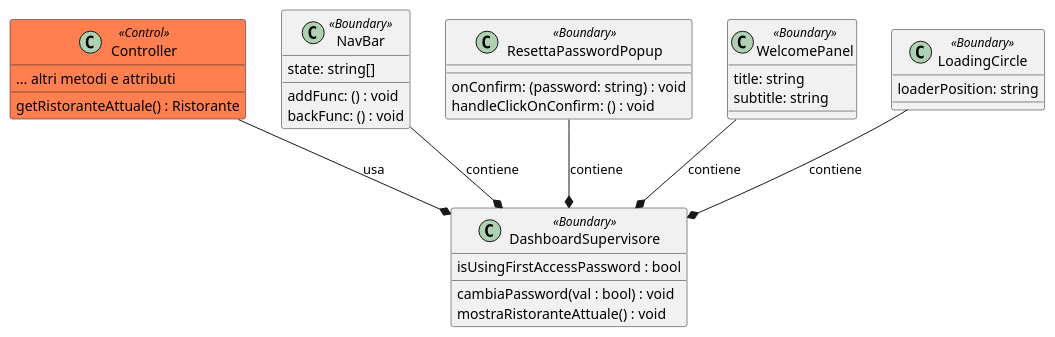
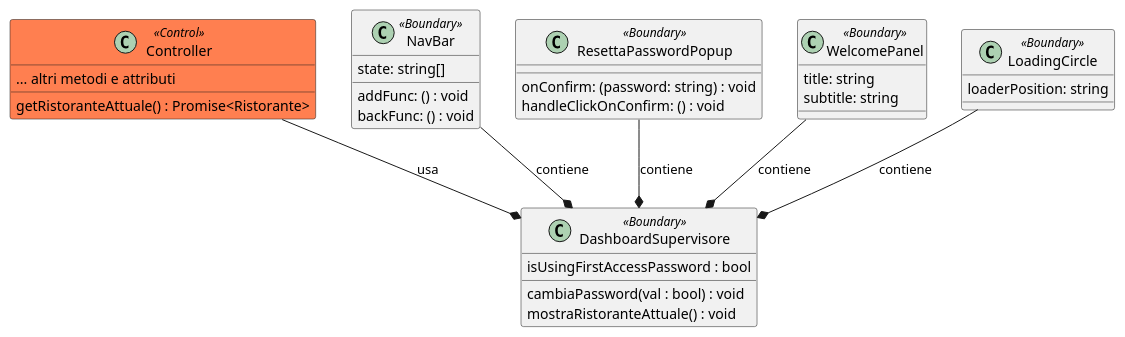
Before and after one commit to macro21KGB/Esame-INGSW-22-23: the diagram in diagrams/PUML/routes/DashboardSupervisore.puml, drawn with PlantUML. The commit also changed 7 other files, not shown here.

```diff
--- a/diagrams/PUML/routes/DashboardSupervisore.puml
+++ b/diagrams/PUML/routes/DashboardSupervisore.puml
@@ -1,51 +1,51 @@
 @startuml
 
 
 class Controller <<Control>> #coral{
 ... altri metodi e attributi
-getRistoranteAttuale() : Ristorante
+getRistoranteAttuale() : Promise<Ristorante>
 }
 
 class DashboardSupervisore <<Boundary>> {
 isUsingFirstAccessPassword : bool
 cambiaPassword(val : bool) : void
 mostraRistoranteAttuale() : void
 }
 
 
 class NavBar <<Boundary>> {
 
 	addFunc: () : void
 	backFunc: () : void
 	state: string[]
 }
 
 class ResettaPasswordPopup <<Boundary>> {
 
     onConfirm: (password: string) : void
     handleClickOnConfirm: () : void
 
 }
 
 
 class WelcomePanel <<Boundary>> {
 
     title: string
     subtitle: string
 
 }
 
 class LoadingCircle <<Boundary>> {
 
 	loaderPosition: string
 
 }
 
 
 
 WelcomePanel--* DashboardSupervisore : contiene
 NavBar --* DashboardSupervisore : contiene
 LoadingCircle --* DashboardSupervisore : contiene
 ResettaPasswordPopup --* DashboardSupervisore : contiene
 Controller --* DashboardSupervisore : usa
 @enduml
```
